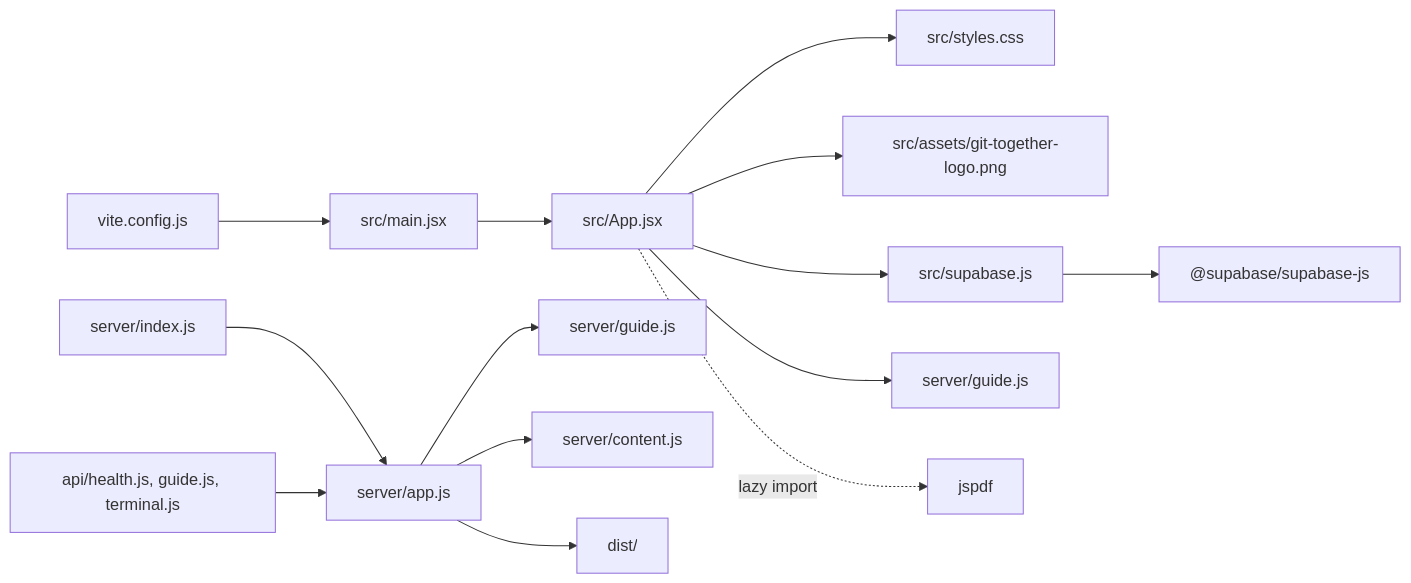
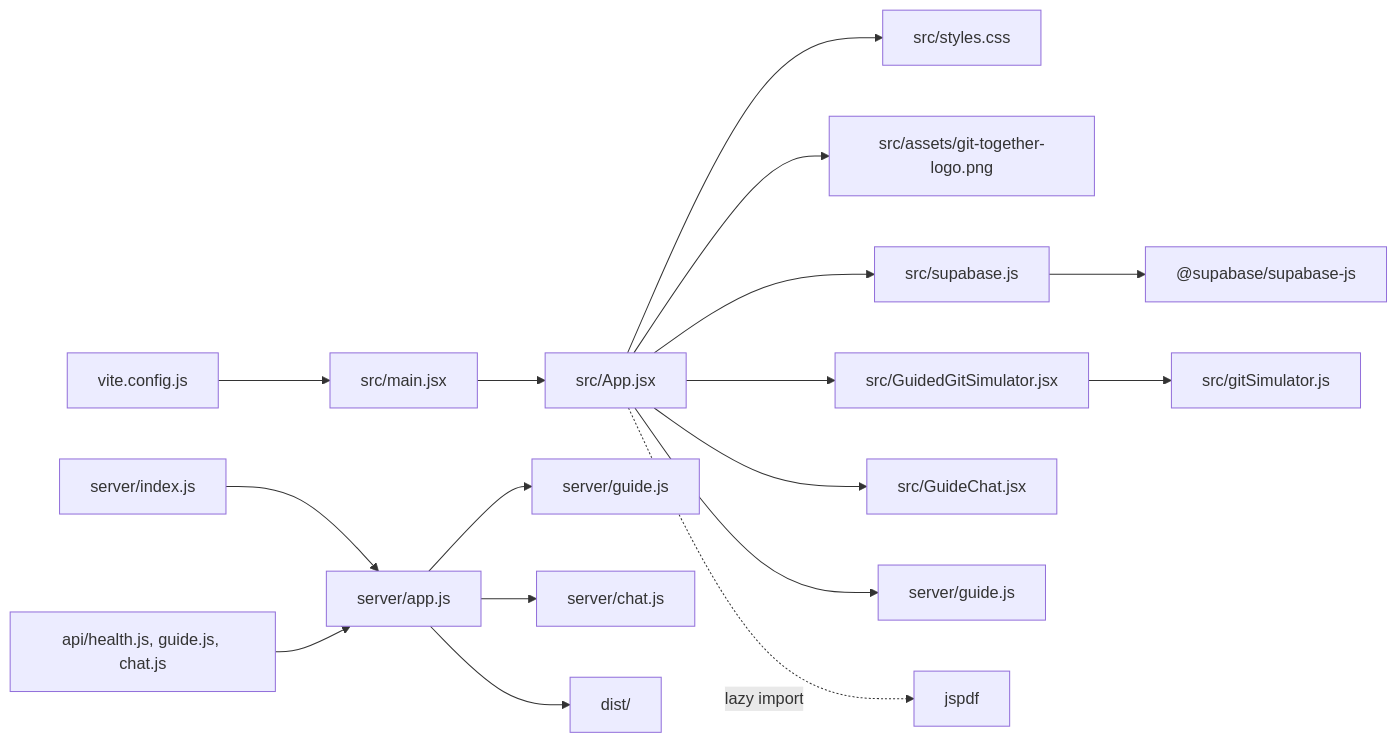
The third of 9 diagrams in docs/ARCHITECTURE.md (MoriartyLink/git-guide), drawn with Mermaid before and after one commit. The commit also changed other lines of this file and 26 other files, not shown here.

````diff
--- a/docs/ARCHITECTURE.md
+++ b/docs/ARCHITECTURE.md
@@ -69,16 +75,19 @@
 ```mermaid
 flowchart LR
     Main["src/main.jsx"] --> App["src/App.jsx"]
     App --> Styles["src/styles.css"]
     App --> Asset["src/assets/git-together-logo.png"]
     App --> SupabaseClient["src/supabase.js"]
     SupabaseClient --> SupabaseJS["@supabase/supabase-js"]
+    App --> SimulatorUI["src/GuidedGitSimulator.jsx"]
+    SimulatorUI --> GitEngine["src/gitSimulator.js"]
+    App --> ChatUI["src/GuideChat.jsx"]
     App --> GuideFallback["server/guide.js"]
     App -. lazy import .-> JsPDF["jspdf"]
     Server["server/app.js"] --> Guide["server/guide.js"]
-    Server --> Responses["server/content.js"]
+    Server --> Chat["server/chat.js"]
     NodeEntry["server/index.js"] --> Server
-    VercelEntry["api/health.js, guide.js, terminal.js"] --> Server
+    VercelEntry["api/health.js, guide.js, chat.js"] --> Server
     Vite["vite.config.js"] --> Main
     Server --> Dist["dist/"]
 ```
````
